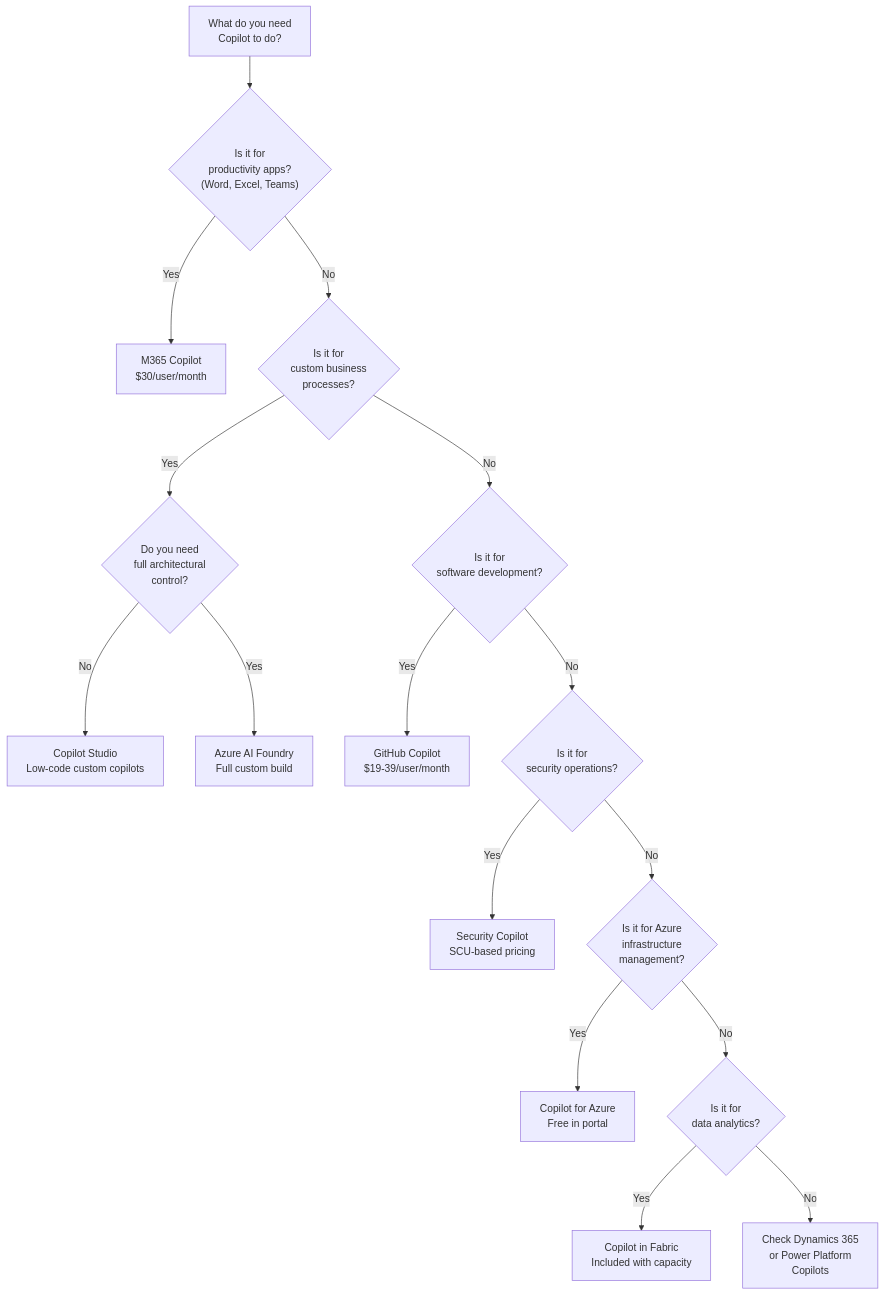
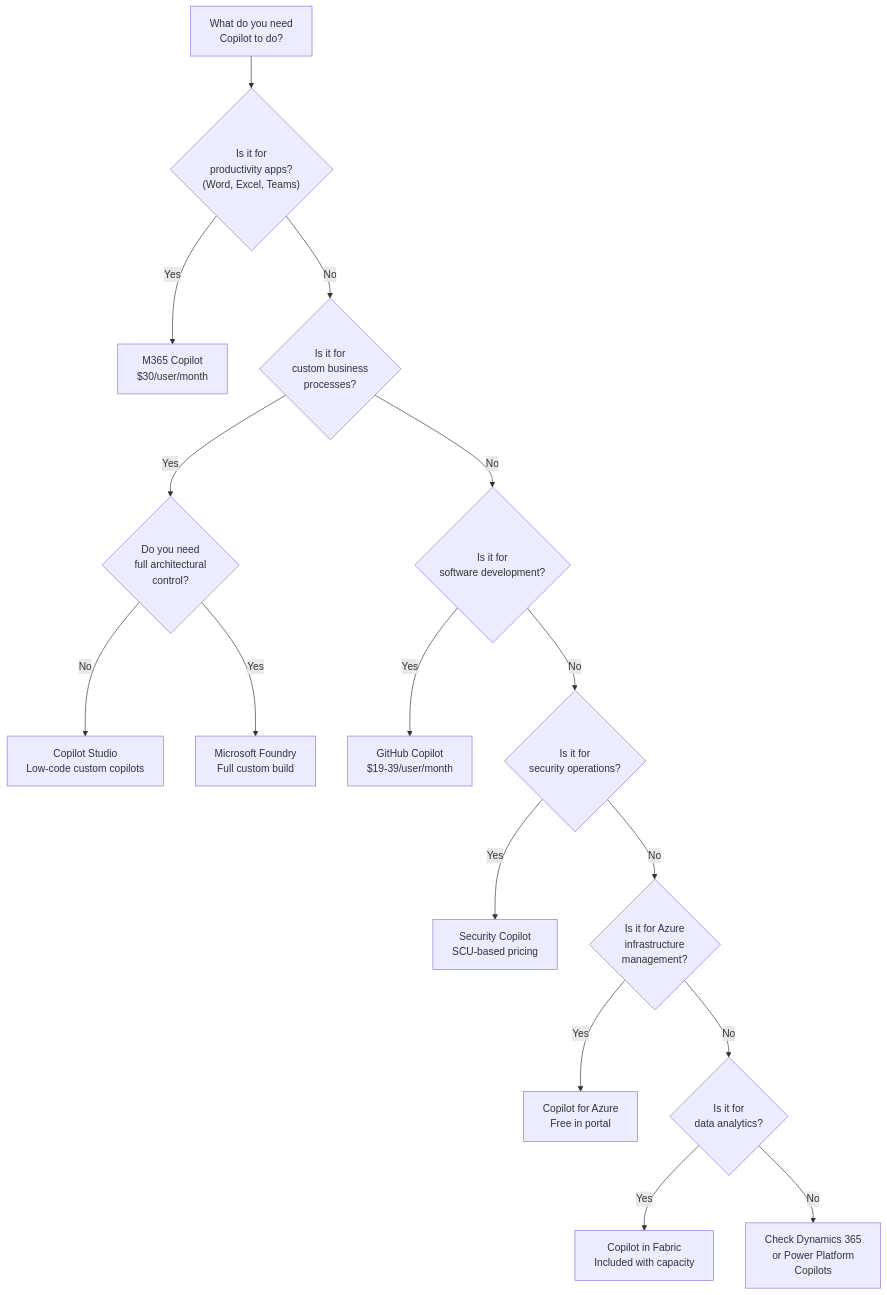
One commit to frootai/frootai changed the seventh of 7 diagrams in .factory/docs/learning/o6-copilot-ecosystem.mdx. Above: the diagram before and after it, drawn with Mermaid. The commit also changed other lines of this file and 42 other files, not shown here.

````diff
--- a/.factory/docs/learning/o6-copilot-ecosystem.mdx
+++ b/.factory/docs/learning/o6-copilot-ecosystem.mdx
@@ -749,31 +752,31 @@
 ```mermaid
 graph TD
     START["What do you need<br/>Copilot to do?"] --> Q1{"Is it for<br/>productivity apps?<br/>(Word, Excel, Teams)"}
 
     Q1 -->|Yes| M365["M365 Copilot<br/>$30/user/month"]
 
     Q1 -->|No| Q2{"Is it for<br/>custom business<br/>processes?"}
 
     Q2 -->|Yes| Q3{"Do you need<br/>full architectural<br/>control?"}
 
     Q3 -->|No| STUDIO["Copilot Studio<br/>Low-code custom copilots"]
-    Q3 -->|Yes| FOUNDRY["Azure AI Foundry<br/>Full custom build"]
+    Q3 -->|Yes| FOUNDRY["Microsoft Foundry<br/>Full custom build"]
 
     Q2 -->|No| Q4{"Is it for<br/>software development?"}
 
     Q4 -->|Yes| GITHUB["GitHub Copilot<br/>$19-39/user/month"]
 
     Q4 -->|No| Q5{"Is it for<br/>security operations?"}
 
     Q5 -->|Yes| SEC["Security Copilot<br/>SCU-based pricing"]
 
     Q5 -->|No| Q6{"Is it for Azure<br/>infrastructure<br/>management?"}
 
     Q6 -->|Yes| AZURE["Copilot for Azure<br/>Free in portal"]
 
     Q6 -->|No| Q7{"Is it for<br/>data analytics?"}
 
     Q7 -->|Yes| FABRIC["Copilot in Fabric<br/>Included with capacity"]
 
     Q7 -->|No| OTHER["Check Dynamics 365<br/>or Power Platform<br/>Copilots"]
 ```
````
